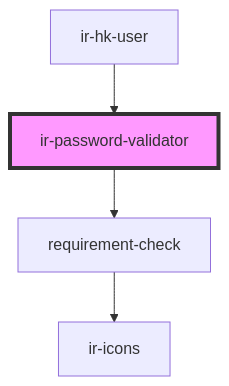
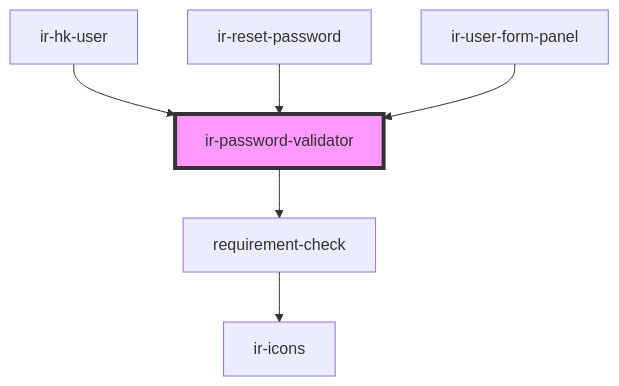
Before and after one commit to David1Chowaifaty/modified-ir-webcmp: the diagram in src/components/ir-password-validator/readme.md, drawn with Mermaid. The commit also changed other lines of this file and 46 other files, not shown here.

````diff
--- a/src/components/ir-password-validator/readme.md
+++ b/src/components/ir-password-validator/readme.md
@@ -33,7 +35,9 @@
 ```mermaid
 graph TD;
   ir-password-validator --> requirement-check
   requirement-check --> ir-icons
   ir-hk-user --> ir-password-validator
+  ir-reset-password --> ir-password-validator
+  ir-user-form-panel --> ir-password-validator
   style ir-password-validator fill:#f9f,stroke:#333,stroke-width:4px
 ```
````
